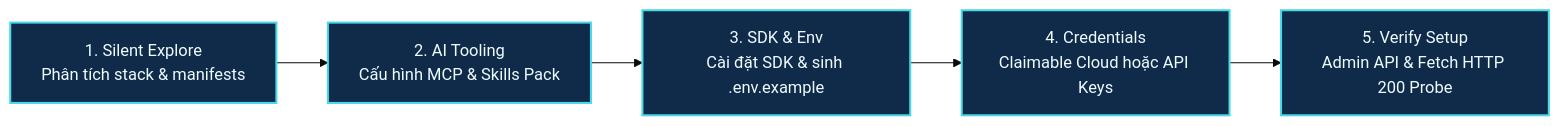
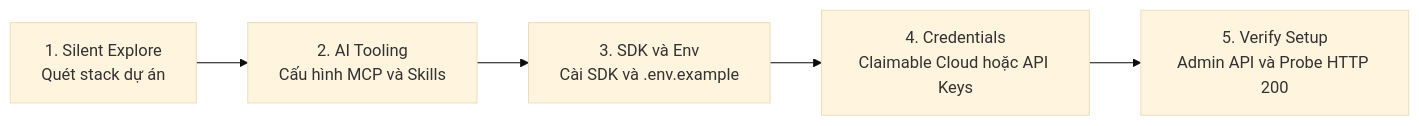
The diagram in src/data/blog/agentic-media-pipeline-cloudinary-vi.md (vietdoo/vietdoo.github.io), drawn with Mermaid (base theme) before and after one commit. The commit also changed 2 other files, not shown here.

Commit message:
fix(blog): resolve mermaid diagram syntax and add client-side rendering

````diff
--- a/src/data/blog/agentic-media-pipeline-cloudinary-vi.md
+++ b/src/data/blog/agentic-media-pipeline-cloudinary-vi.md
@@ -29,10 +29,7 @@
 ```mermaid
-flowchart LR
-    A["1. Silent Explore\nPhân tích stack & manifests"] --> B["2. AI Tooling\nCấu hình MCP & Skills Pack"]
-    B --> C["3. SDK & Env\nCài đặt SDK & sinh .env.example"]
-    C --> D["4. Credentials\nClaimable Cloud hoặc API Keys"]
-    D --> E["5. Verify Setup\nAdmin API & Fetch HTTP 200 Probe"]
-
-    classDef stage fill:#102b4a,stroke:#48d8e8,color:#effcff,stroke-width:2px;
-    class A,B,C,D,E stage;
+graph LR
+    A[1. Silent Explore<br/>Quét stack dự án] --> B[2. AI Tooling<br/>Cấu hình MCP và Skills]
+    B --> C[3. SDK và Env<br/>Cài SDK và .env.example]
+    C --> D[4. Credentials<br/>Claimable Cloud hoặc API Keys]
+    D --> E[5. Verify Setup<br/>Admin API và Probe HTTP 200]
 ```
````
